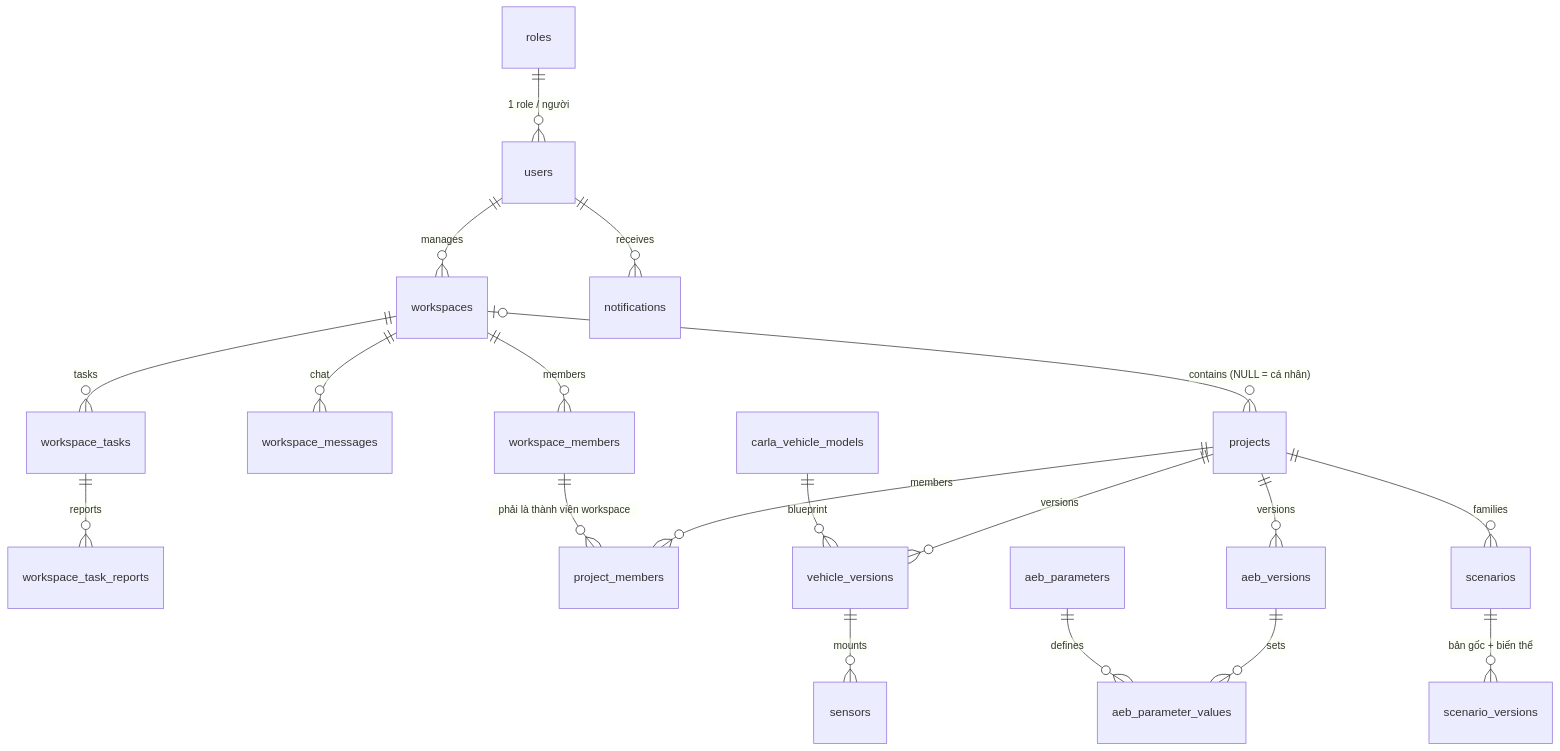
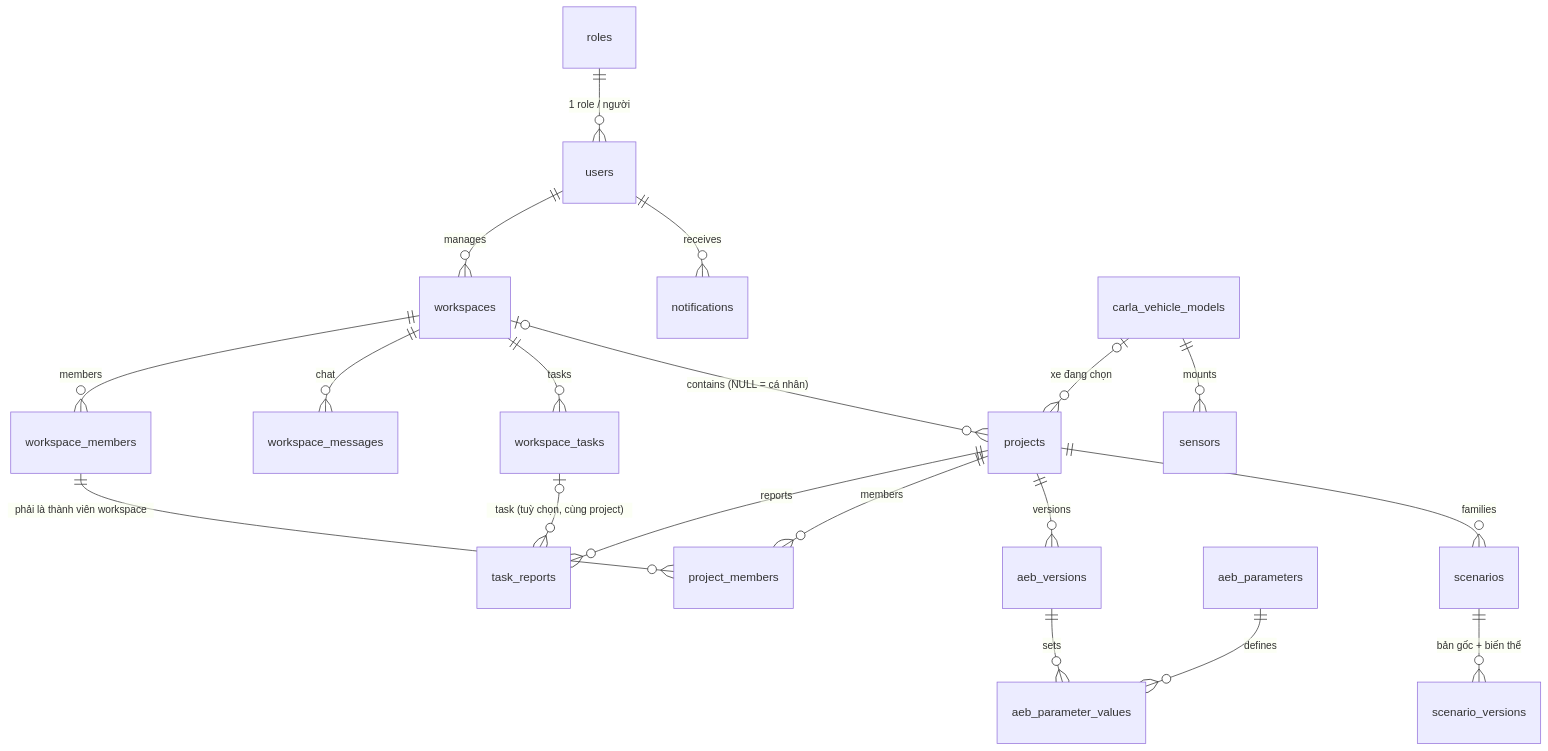
One commit to Menakanchi/SEP490-FA26-G15 changed the first of 2 diagrams in docs/vehicsim/database-schema.md. Above: the diagram before and after it, drawn with Mermaid. The commit also changed other lines of this file and 188 other files, not shown here.

````diff
--- a/docs/vehicsim/database-schema.md
+++ b/docs/vehicsim/database-schema.md
@@ -172,21 +179,21 @@
 ```mermaid
 erDiagram
     roles ||--o{ users : "1 role / người"
     users ||--o{ workspaces : manages
     workspaces ||--o{ workspace_members : members
     workspaces ||--o{ workspace_messages : chat
     workspaces ||--o{ workspace_tasks : tasks
-    workspace_tasks ||--o{ workspace_task_reports : reports
+    projects ||--o{ task_reports : reports
+    workspace_tasks |o--o{ task_reports : "task (tuỳ chọn, cùng project)"
     users ||--o{ notifications : receives
     workspaces |o--o{ projects : "contains (NULL = cá nhân)"
     projects ||--o{ project_members : members
     workspace_members ||--o{ project_members : "phải là thành viên workspace"
-    projects ||--o{ vehicle_versions : versions
-    carla_vehicle_models ||--o{ vehicle_versions : blueprint
-    vehicle_versions ||--o{ sensors : mounts
+    carla_vehicle_models |o--o{ projects : "xe đang chọn"
+    carla_vehicle_models ||--o{ sensors : mounts
     projects ||--o{ aeb_versions : versions
     aeb_versions ||--o{ aeb_parameter_values : sets
     aeb_parameters ||--o{ aeb_parameter_values : defines
     projects ||--o{ scenarios : families
     scenarios ||--o{ scenario_versions : "bản gốc + biến thể"
 ```
````
